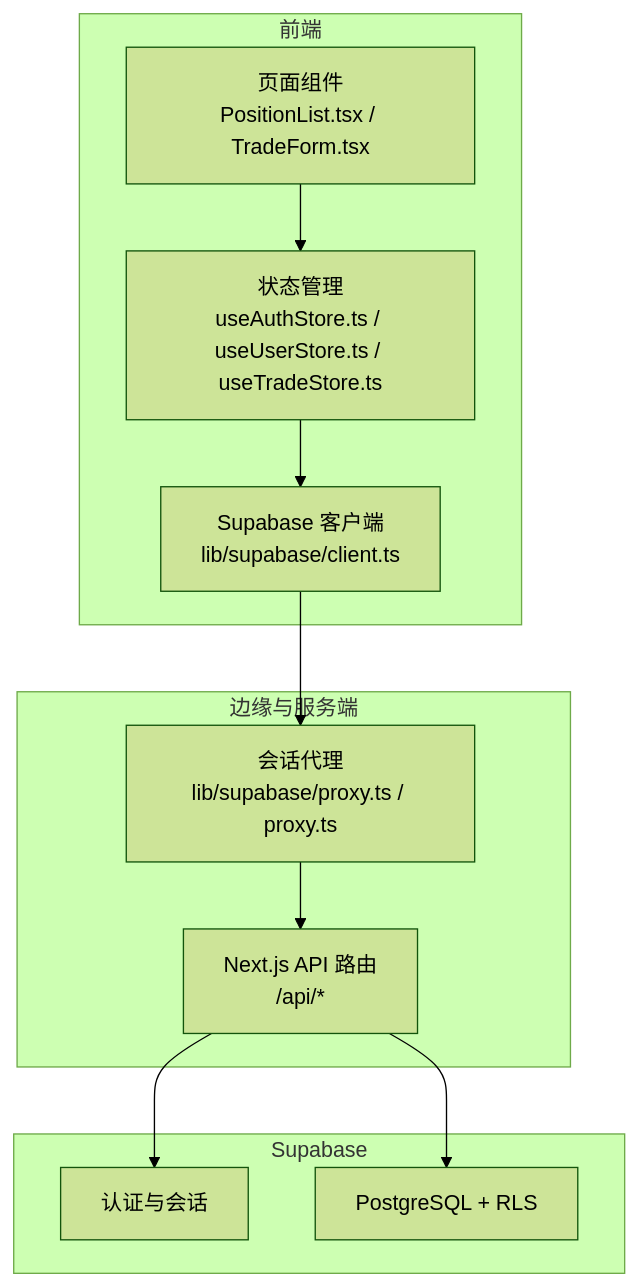
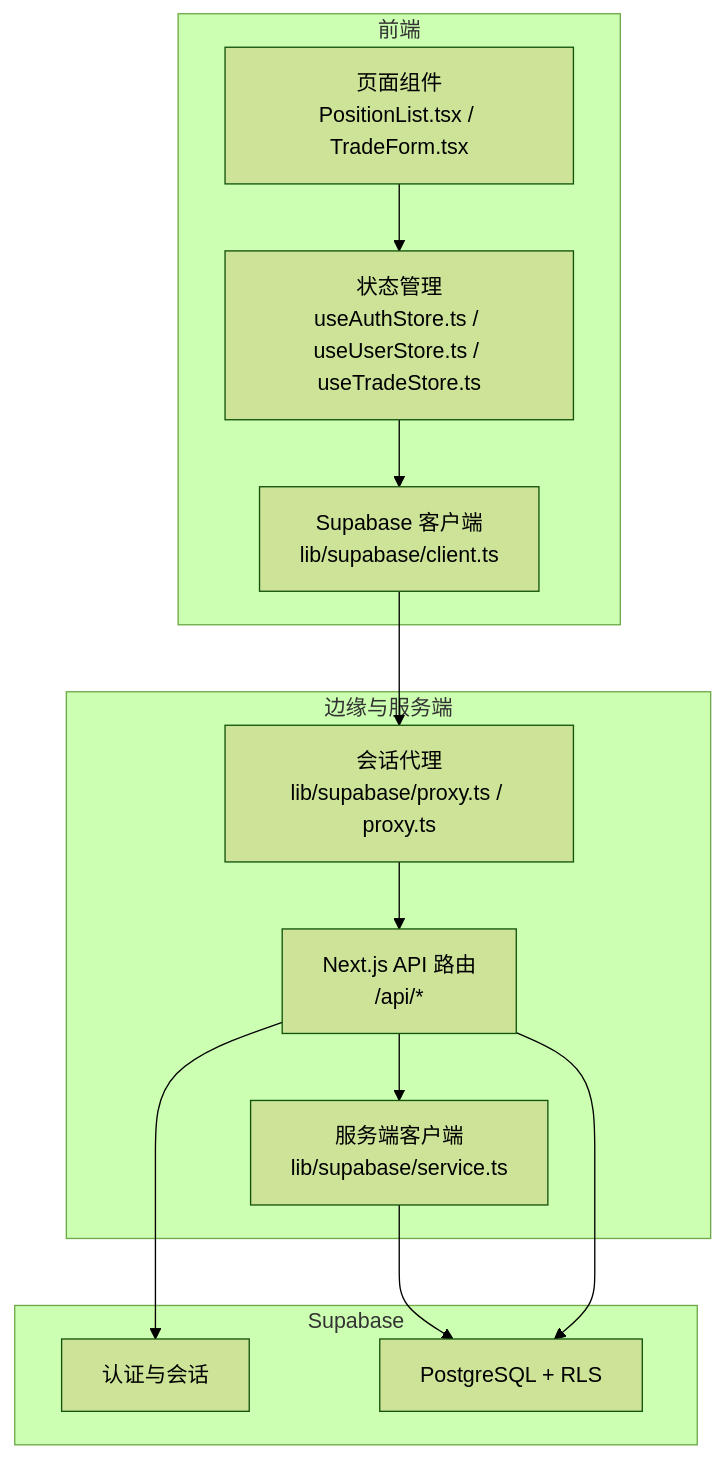
The first of 8 diagrams in .qoder/repowiki/zh/content/数据库设计/行级安全策略.md (javalittleman1/virtual-stock-trading), drawn with Mermaid (forest theme) before and after one commit. The commit also changed other lines of this file and 6 other files, not shown here.

````diff
--- a/.qoder/repowiki/zh/content/数据库设计/行级安全策略.md
+++ b/.qoder/repowiki/zh/content/数据库设计/行级安全策略.md
@@ -50,22 +60,25 @@
 ```mermaid
 graph TB
 subgraph "前端"
 UI["页面组件<br/>PositionList.tsx / TradeForm.tsx"]
 Stores["状态管理<br/>useAuthStore.ts / useUserStore.ts / useTradeStore.ts"]
 Client["Supabase 客户端<br/>lib/supabase/client.ts"]
 end
 subgraph "边缘与服务端"
 Proxy["会话代理<br/>lib/supabase/proxy.ts / proxy.ts"]
 API["Next.js API 路由<br/>/api/*"]
+ServiceClient["服务端客户端<br/>lib/supabase/service.ts"]
 end
 subgraph "Supabase"
 Auth["认证与会话"]
 DB["PostgreSQL + RLS"]
 end
 UI --> Stores
 Stores --> Client
 Client --> Proxy
 Proxy --> API
+API --> ServiceClient
+ServiceClient --> DB
 API --> Auth
 API --> DB
 ```
````
